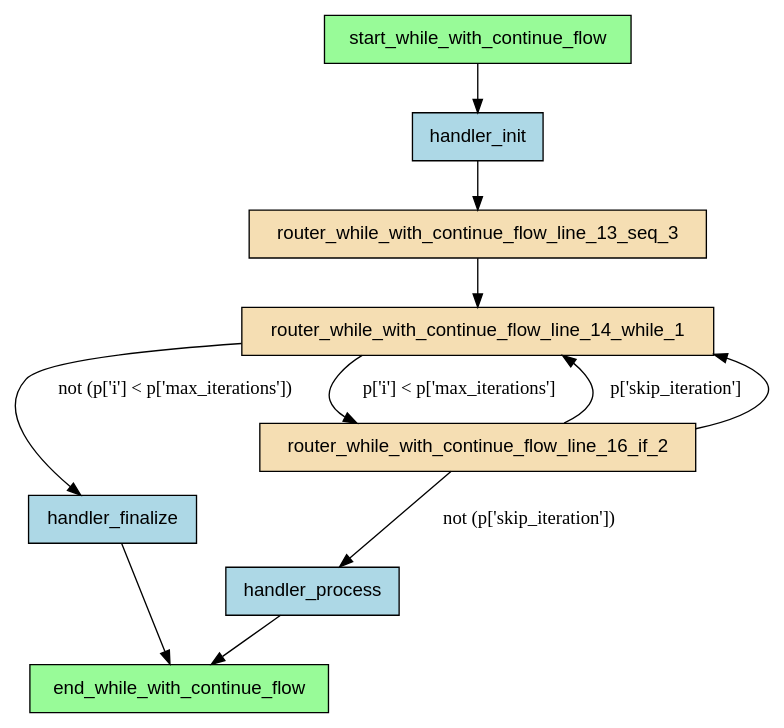
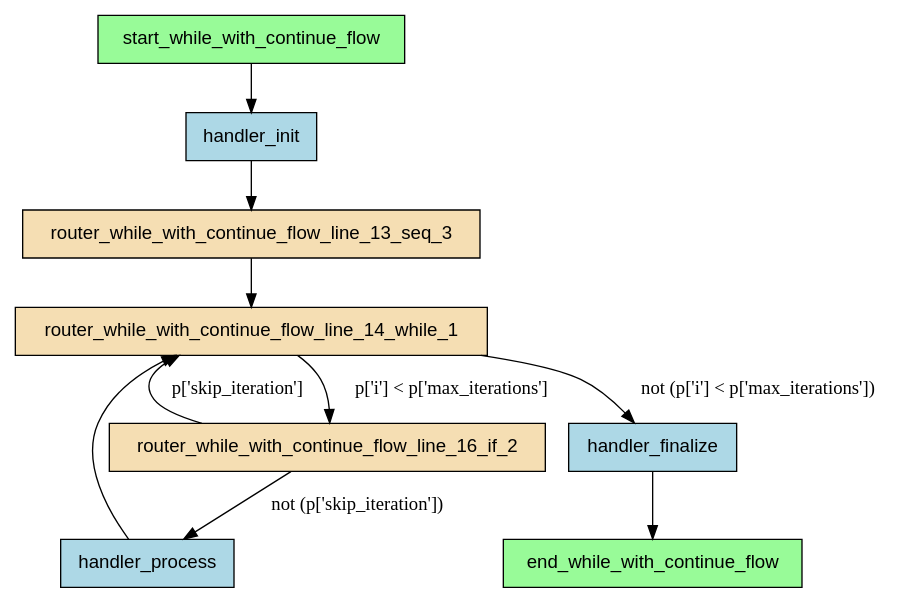
Before and after one commit to deliveryhero/asya: the diagram in examples/flows/compiled/while_with_continue/flow.dot, drawn with Graphviz. The commit also changed 136 other files, not shown here.

```diff
--- a/examples/flows/compiled/while_with_continue/flow.dot
+++ b/examples/flows/compiled/while_with_continue/flow.dot
@@ -1,24 +1,23 @@
-digraph "while_with_continue_flow" {
+digraph "while_with_continue" {
     rankdir=TB;
     node [shape=box, style=filled, fontname="Helvetica"];
 
     end_while_with_continue_flow [label="end_while_with_continue_flow", fillcolor=palegreen];
     handler_finalize [label="handler_finalize", fillcolor=lightblue];
     handler_init [label="handler_init", fillcolor=lightblue];
     handler_process [label="handler_process", fillcolor=lightblue];
     router_while_with_continue_flow_line_13_seq_3 [label="router_while_with_continue_flow_line_13_seq_3", fillcolor=wheat];
     router_while_with_continue_flow_line_14_while_1 [label="router_while_with_continue_flow_line_14_while_1", fillcolor=wheat];
     router_while_with_continue_flow_line_16_if_2 [label="router_while_with_continue_flow_line_16_if_2", fillcolor=wheat];
     start_while_with_continue_flow [label="start_while_with_continue_flow", fillcolor=palegreen];
 
     start_while_with_continue_flow -> handler_init;
     handler_init -> router_while_with_continue_flow_line_13_seq_3;
     router_while_with_continue_flow_line_16_if_2 -> router_while_with_continue_flow_line_14_while_1 [label="p['skip_iteration']"];
     router_while_with_continue_flow_line_16_if_2 -> handler_process [label="not (p['skip_iteration'])"];
     router_while_with_continue_flow_line_14_while_1 -> router_while_with_continue_flow_line_16_if_2 [label="p['i'] < p['max_iterations']"];
-    router_while_with_continue_flow_line_16_if_2 -> router_while_with_continue_flow_line_14_while_1;
     router_while_with_continue_flow_line_14_while_1 -> handler_finalize [label="not (p['i'] < p['max_iterations'])"];
     router_while_with_continue_flow_line_13_seq_3 -> router_while_with_continue_flow_line_14_while_1;
+    handler_process -> router_while_with_continue_flow_line_14_while_1;
     handler_finalize -> end_while_with_continue_flow;
-    handler_process -> end_while_with_continue_flow;
 }
```
